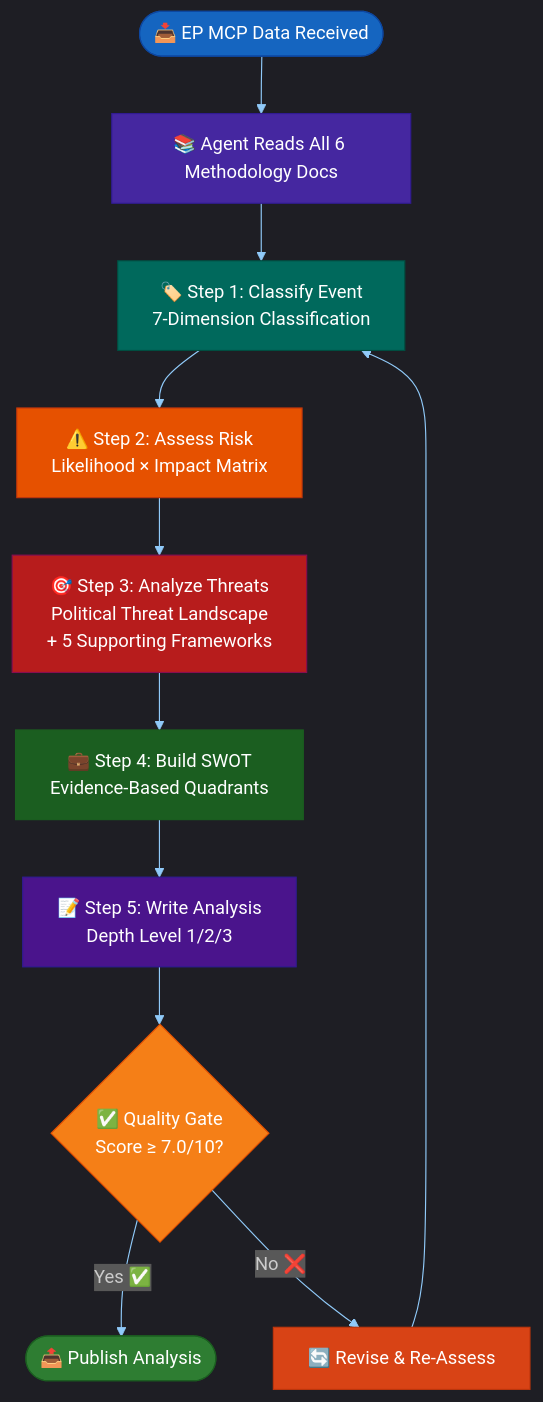
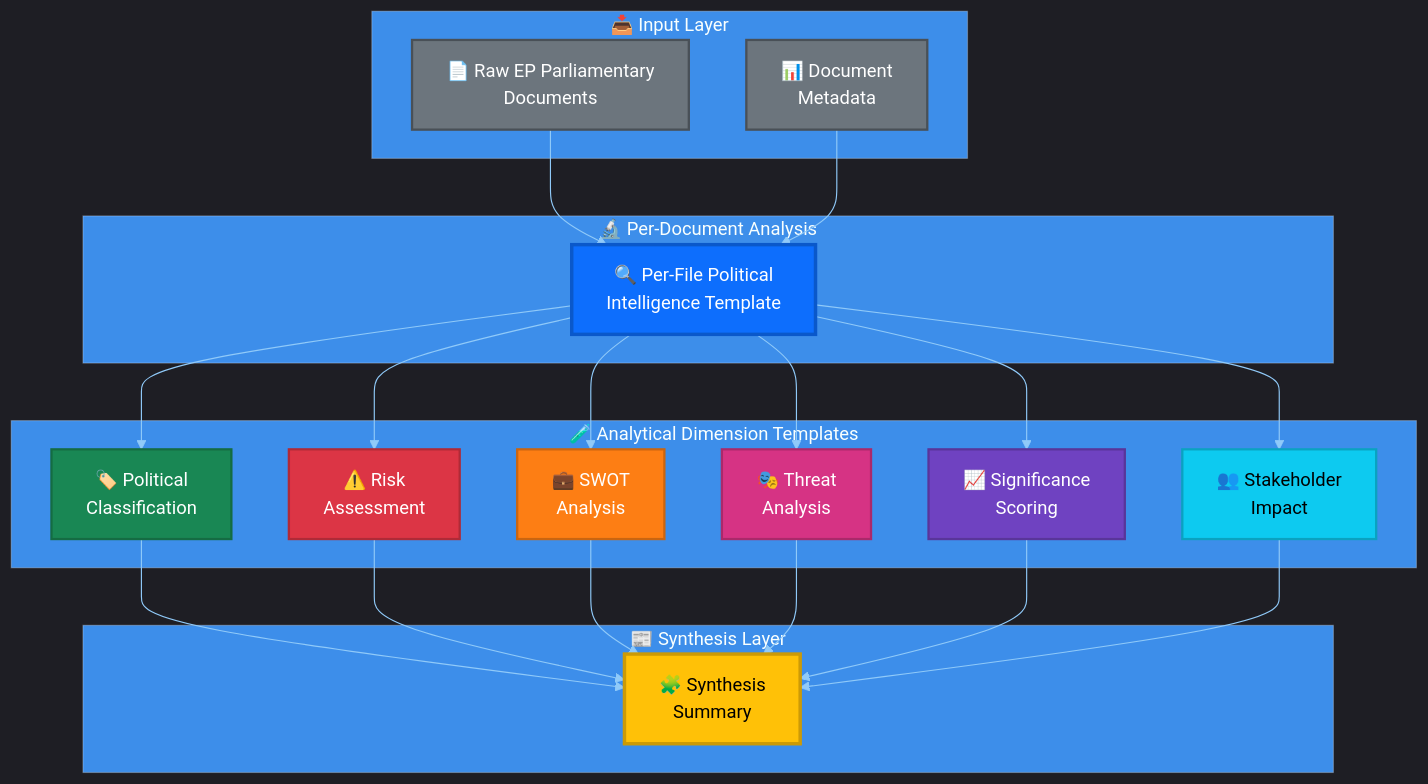
One commit to Hack23/euparliamentmonitor changed the first of 16 diagrams in docs/api/media/README-9.md. Above: the diagram before and after it, drawn with Mermaid. The commit also changed other lines of this file and 1553 other files, not shown here.

````diff
--- a/docs/api/media/README-9.md
+++ b/docs/api/media/README-9.md
@@ -76,25 +109,41 @@
 ```mermaid
 %%{init: {"theme":"dark","themeVariables":{"primaryColor":"#1565C0","primaryTextColor":"#ffffff","primaryBorderColor":"#0A3F7F","lineColor":"#90CAF9","secondaryColor":"#2E7D32","secondaryTextColor":"#ffffff","secondaryBorderColor":"#0F3F00","tertiaryColor":"#FF9800","tertiaryTextColor":"#000000","tertiaryBorderColor":"#7F4F00","mainBkg":"#1565C0","secondBkg":"#2E7D32","tertiaryBkg":"#FF9800","noteBkgColor":"#FFC107","noteTextColor":"#000000","noteBorderColor":"#7F6000","errorBkgColor":"#D32F2F","errorTextColor":"#ffffff","fontFamily":"Inter, Helvetica, Arial, sans-serif","pie1":"#1565C0","pie2":"#2E7D32","pie3":"#FF9800","pie4":"#D32F2F","pie5":"#FFC107","pie6":"#7B1FA2","pie7":"#9E9E9E","pie8":"#0288D1","pie9":"#388E3C","pie10":"#F57C00","pie11":"#C62828","pie12":"#FBC02D","pieTitleTextSize":"18px","pieSectionTextSize":"14px","pieLegendTextSize":"13px","pieStrokeColor":"#1e1e1e","pieOuterStrokeColor":"#1e1e1e","git0":"#1565C0","git1":"#2E7D32","git2":"#FF9800","git3":"#D32F2F","gitBranchLabel0":"#ffffff","gitBranchLabel1":"#ffffff","gitBranchLabel2":"#000000","gitBranchLabel3":"#ffffff","cScale0":"#1565C0","cScale1":"#2E7D32","cScale2":"#FF9800","cScale3":"#D32F2F","cScale4":"#FFC107","cScale5":"#7B1FA2","cScale6":"#9E9E9E","cScale7":"#0288D1","xyChart":{"backgroundColor":"#1e1e1e","plotColorPalette":"#1565C0,#2E7D32,#FF9800,#D32F2F,#FFC107,#7B1FA2,#9E9E9E"}}}}%%
-flowchart TD
-    Start([📥 EP MCP Data Received]) --> Read[📚 Agent Reads All 6 Methodology Docs]
-    Read --> Classify[🏷️ Step 1: Classify Event<br/>7-Dimension Classification]
-    Classify --> Risk[⚠️ Step 2: Assess Risk<br/>Likelihood × Impact Matrix]
-    Risk --> Threat[🎯 Step 3: Analyze Threats<br/>Political Threat Landscape<br/>+ 5 Supporting Frameworks]
-    Threat --> SWOT[💼 Step 4: Build SWOT<br/>Evidence-Based Quadrants]
-    SWOT --> Write[📝 Step 5: Write Analysis<br/>Depth Level 1/2/3]
-    Write --> QualityGate{✅ Quality Gate<br/>Score ≥ 7.0/10?}
-    QualityGate -->|Yes ✅| Publish([📤 Publish Analysis])
-    QualityGate -->|No ❌| Revise[🔄 Revise & Re-Assess]
-    Revise --> Classify
+graph TB
+    subgraph "📥 Input Layer"
+        RAW["📄 Raw EP Parliamentary<br/>Documents"]
+        META["📊 Document<br/>Metadata"]
+    end
 
-    style Start fill:#1565C0,stroke:#0D47A1,color:#FFFFFF
-    style Read fill:#4527A0,stroke:#311B92,color:#FFFFFF
-    style Classify fill:#00695C,stroke:#004D40,color:#FFFFFF
-    style Risk fill:#E65100,stroke:#BF360C,color:#FFFFFF
-    style Threat fill:#B71C1C,stroke:#880E4F,color:#FFFFFF
-    style SWOT fill:#1B5E20,stroke:#1B5E20,color:#FFFFFF
-    style Write fill:#4A148C,stroke:#311B92,color:#FFFFFF
-    style QualityGate fill:#F57F17,stroke:#E65100,color:#FFFFFF
-    style Publish fill:#2E7D32,stroke:#1B5E20,color:#FFFFFF
-    style Revise fill:#D84315,stroke:#BF360C,color:#FFFFFF
+    subgraph "🔬 Per-Document Analysis"
+        T1["🔍 Per-File Political<br/>Intelligence Template"]
+    end
+
+    subgraph "🧪 Analytical Dimension Templates"
+        T2["🏷️ Political<br/>Classification"]
+        T3["⚠️ Risk<br/>Assessment"]
+        T4["💼 SWOT<br/>Analysis"]
+        T5["🎭 Threat<br/>Analysis"]
+        T6["📈 Significance<br/>Scoring"]
+        T7["👥 Stakeholder<br/>Impact"]
+    end
+
+    subgraph "📰 Synthesis Layer"
+        T8["🧩 Synthesis<br/>Summary"]
+    end
+
+    RAW --> T1
+    META --> T1
+    T1 --> T2 & T3 & T4 & T5 & T6 & T7
+    T2 & T3 & T4 & T5 & T6 & T7 --> T8
+
+    style RAW fill:#6c757d,color:#fff,stroke:#495057,stroke-width:2px
+    style META fill:#6c757d,color:#fff,stroke:#495057,stroke-width:2px
+    style T1 fill:#0d6efd,color:#fff,stroke:#0a58ca,stroke-width:3px
+    style T2 fill:#198754,color:#fff,stroke:#146c43,stroke-width:2px
+    style T3 fill:#dc3545,color:#fff,stroke:#b02a37,stroke-width:2px
+    style T4 fill:#fd7e14,color:#fff,stroke:#ca6510,stroke-width:2px
+    style T5 fill:#d63384,color:#fff,stroke:#ab296a,stroke-width:2px
+    style T6 fill:#6f42c1,color:#fff,stroke:#59359a,stroke-width:2px
+    style T7 fill:#0dcaf0,color:#000,stroke:#0aa2c0,stroke-width:2px
+    style T8 fill:#ffc107,color:#000,stroke:#cc9a06,stroke-width:3px
 ```
````
